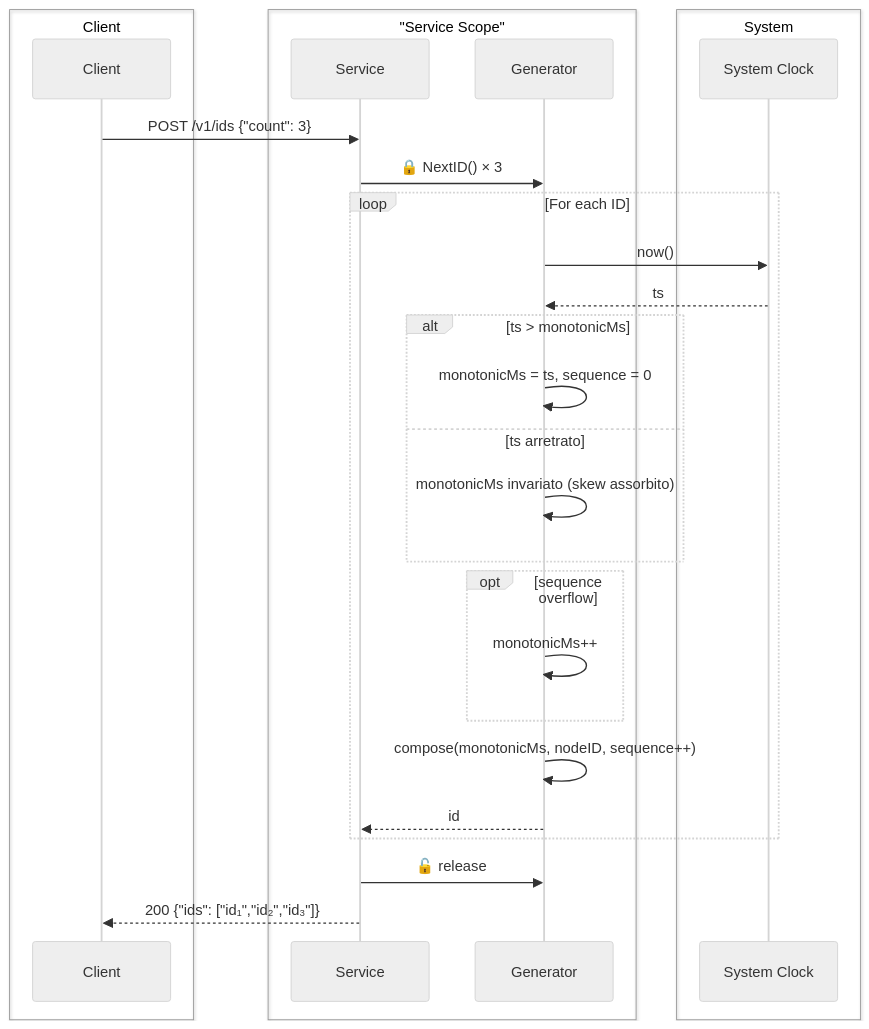
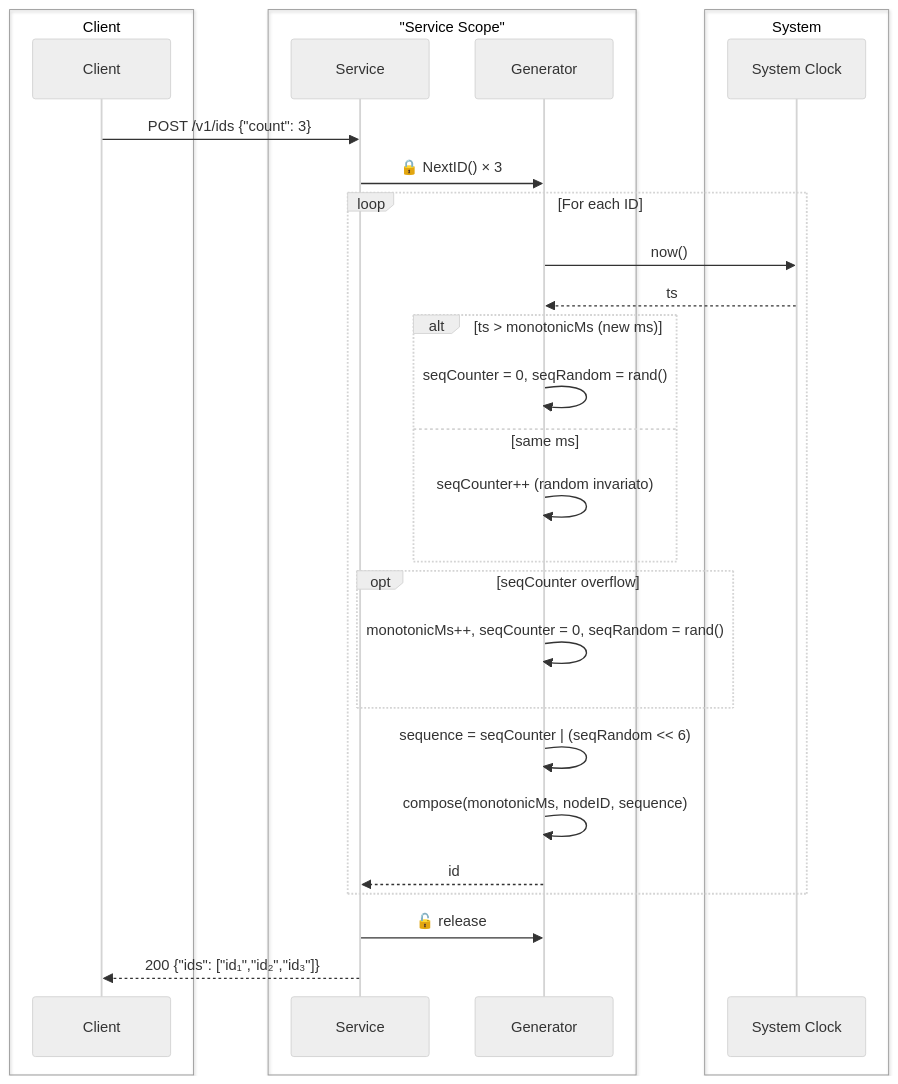
The third of 5 diagrams in docs/design/snowflake-algorithm-workflow.md (Albe83/snowflake-id-service), drawn with Mermaid (neutral theme) before and after one commit. The commit also changed other lines of this file, not shown here.

Commit message:
docs(design): apply hybrid sequence (counter + random bits) to all diagrams

````diff
--- a/docs/design/snowflake-algorithm-workflow.md
+++ b/docs/design/snowflake-algorithm-workflow.md
@@ -55,34 +56,35 @@
 ```mermaid
 sequenceDiagram
     box Client
         participant C as Client
     end
     box "Service Scope"
         participant S as Service
         participant G as Generator
     end
     box System
         participant Ck as System Clock
     end
 
     C->>S: POST /v1/ids {"count": 3}
     S->>G: 🔒 NextID() × 3
 
     loop For each ID
         G->>Ck: now()
         Ck-->>G: ts
-        alt ts > monotonicMs
-            G->>G: monotonicMs = ts, sequence = 0
-        else ts arretrato
-            G->>G: monotonicMs invariato (skew assorbito)
+        alt ts > monotonicMs (new ms)
+            G->>G: seqCounter = 0, seqRandom = rand()
+        else same ms
+            G->>G: seqCounter++ (random invariato)
         end
-        opt sequence overflow
-            G->>G: monotonicMs++
+        opt seqCounter overflow
+            G->>G: monotonicMs++, seqCounter = 0, seqRandom = rand()
         end
-        G->>G: compose(monotonicMs, nodeID, sequence++)
+        G->>G: sequence = seqCounter | (seqRandom << 6)
+        G->>G: compose(monotonicMs, nodeID, sequence)
         G-->>S: id
     end
 
     S->>G: 🔓 release
     S-->>C: 200 {"ids": ["id₁","id₂","id₃"]}
 ```
````
